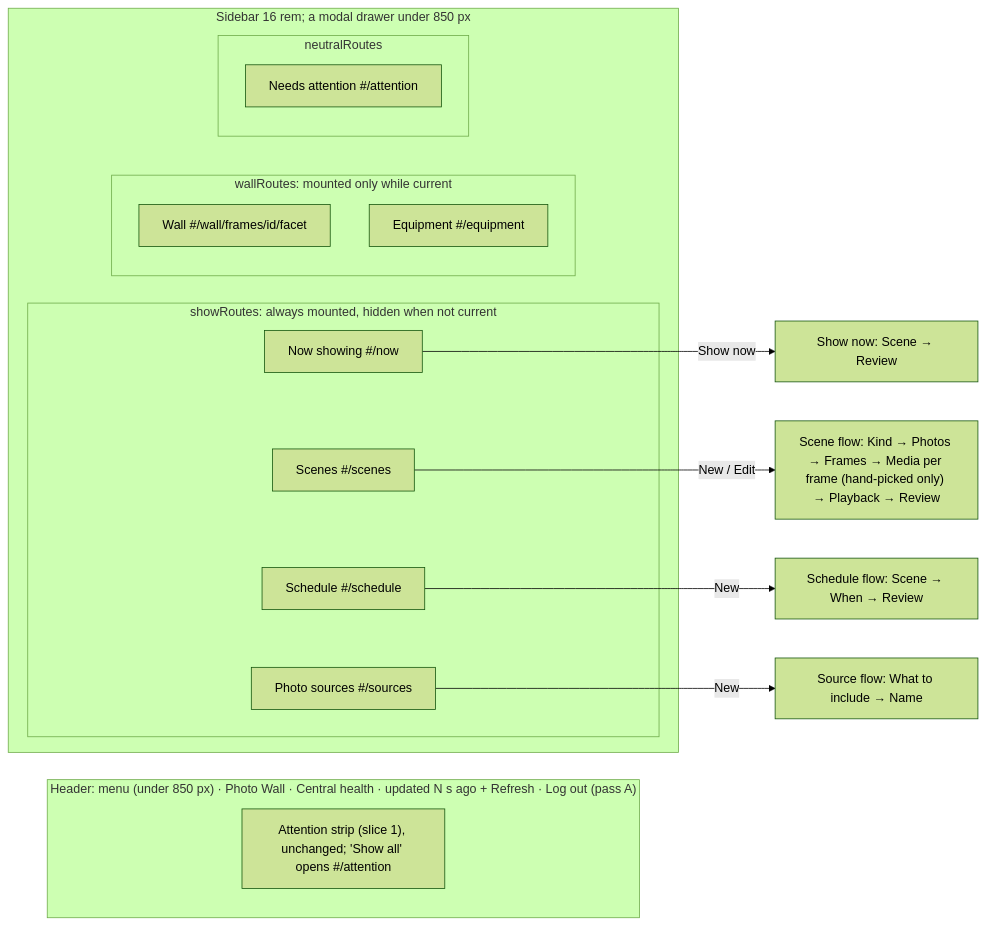
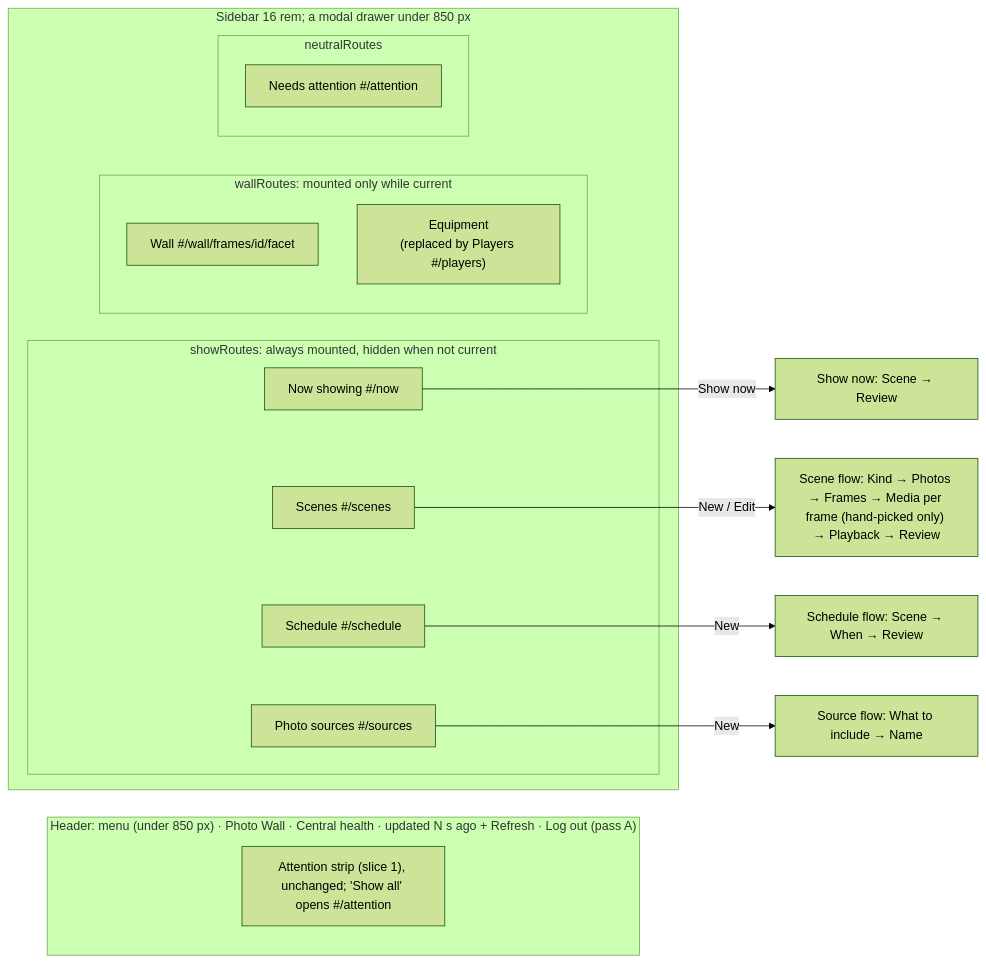
One commit to mcurcio/photo-wall changed the first of 2 diagrams in docs/operator-console-ux-pass2-flow.md. Above: the diagram before and after it, drawn with Mermaid (forest theme). The commit also changed other lines of this file and 9 other files, not shown here.

````diff
--- a/docs/operator-console-ux-pass2-flow.md
+++ b/docs/operator-console-ux-pass2-flow.md
@@ -32,25 +32,25 @@
 ```mermaid
 flowchart LR
   subgraph HDR["Header: menu (under 850 px) · Photo Wall · Central health · updated N s ago + Refresh · Log out (pass A)"]
     STRIP["Attention strip (slice 1), unchanged; 'Show all' opens #/attention"]
   end
   subgraph NAV["Sidebar 16 rem; a modal drawer under 850 px"]
     subgraph SHOW["showRoutes: always mounted, hidden when not current"]
       NOW["Now showing #/now"]
       SC["Scenes #/scenes"]
       SCH["Schedule #/schedule"]
       SRC["Photo sources #/sources"]
     end
     subgraph WALL["wallRoutes: mounted only while current"]
       PLAN["Wall #/wall/frames/id/facet"]
-      EQ["Equipment #/equipment"]
+      EQ["Equipment<br/>(replaced by Players #/players)"]
     end
     subgraph NEU["neutralRoutes"]
       ATT["Needs attention #/attention"]
     end
   end
   SC -->|"New / Edit"| F1["Scene flow: Kind → Photos → Frames → Media per frame (hand-picked only) → Playback → Review"]
   SRC -->|New| F3["Source flow: What to include → Name"]
   SCH -->|New| F4["Schedule flow: Scene → When → Review"]
   NOW -->|"Show now"| F5["Show now: Scene → Review"]
 ```
````
